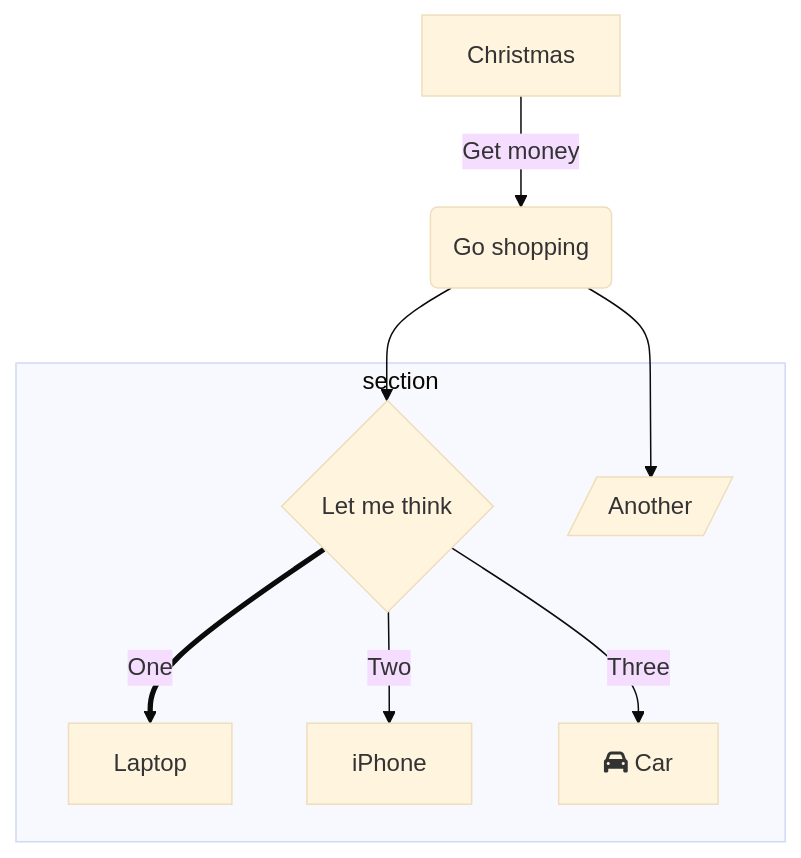
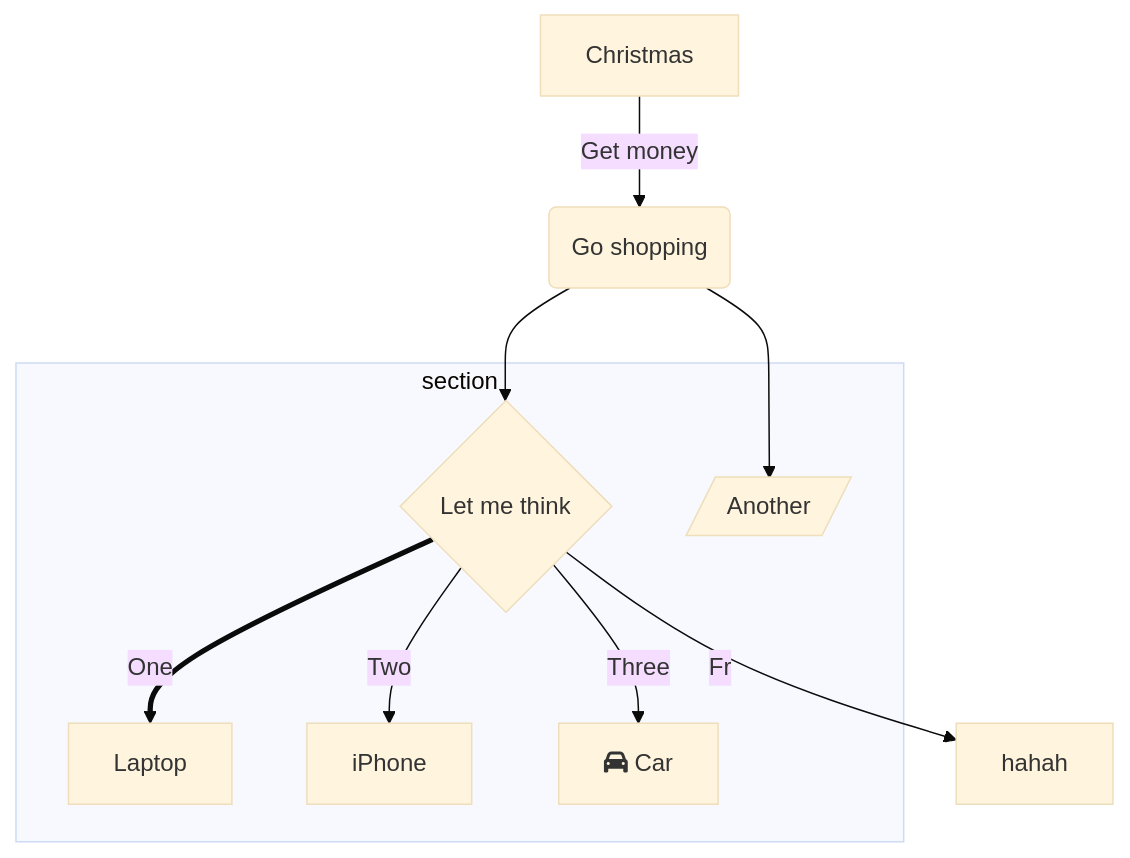
The ninth of 9 diagrams in taon.top/content/post/markdonw.md (taontech/www), drawn with Mermaid before and after one commit. The commit also changed 1 other file, not shown here.

````diff
--- a/taon.top/content/post/markdonw.md
+++ b/taon.top/content/post/markdonw.md
@@ -134,17 +134,18 @@
 ```mermaid
 %%{init: {'theme': 'base'}}%%
         graph TD
           A[Christmas] -->|Get money| B(Go shopping)
           B --> C{Let me think}
           B --> G[/Another/]
           C ==>|One| D[Laptop]
           C -->|Two| E[iPhone]
           C -->|Three| F[fa:fa-car Car]
+          C -->|Fr| H[hahah]
           subgraph section
             C
             D
             E
             F
             G
           end
 ```
````
